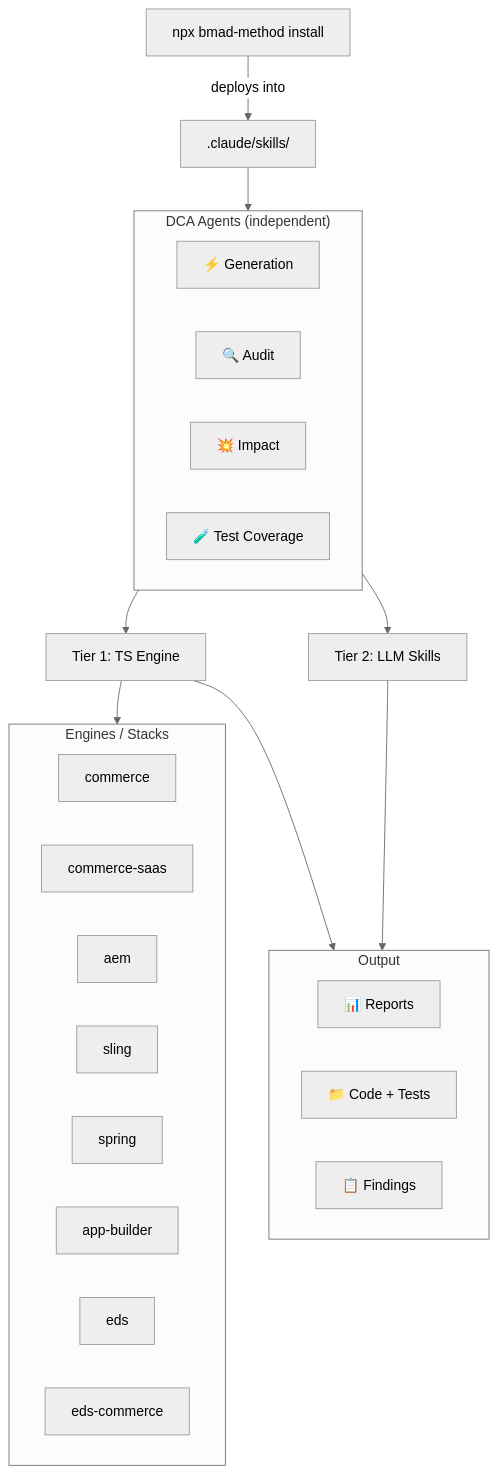
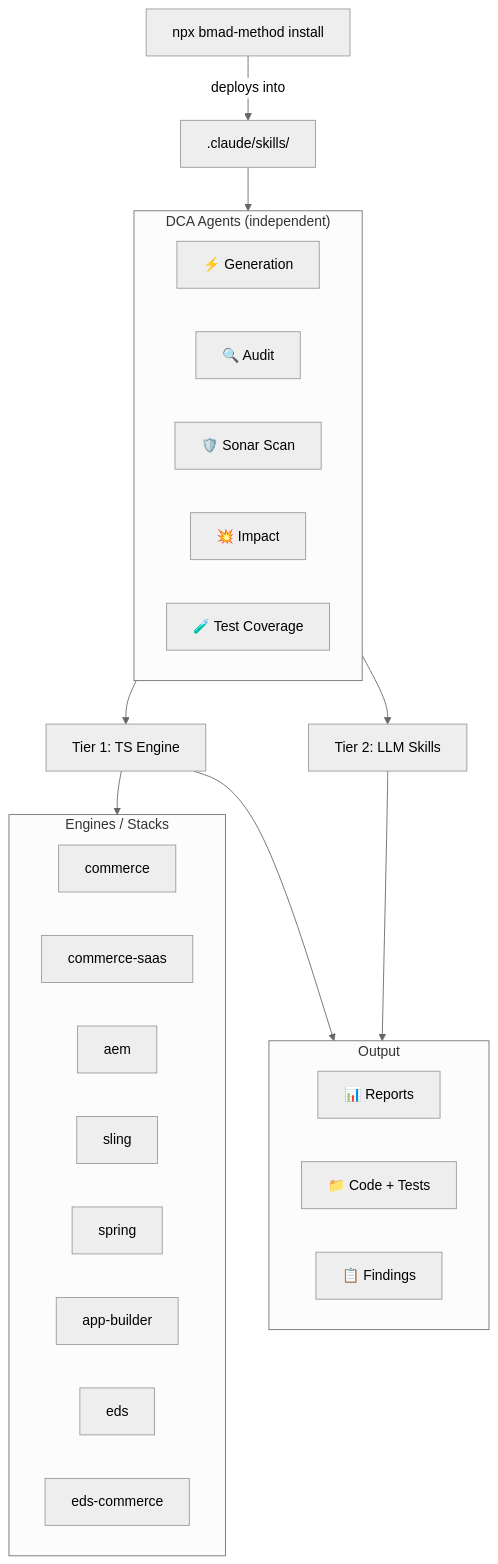
Before and after one commit to mayur434/bmad-dept-coding-agents: the diagram in README.md, drawn with Mermaid (neutral theme). The commit also changed other lines of this file and 53 other files, not shown here.

````diff
--- a/README.md
+++ b/README.md
@@ -45,42 +134,43 @@
 ```mermaid
 flowchart TD
     Install["npx bmad-method install"]
     Install -->|deploys into| Project[".claude/skills/"]
 
     Project --> Agents
 
     subgraph Agents ["DCA Agents (independent)"]
         direction LR
         Gen["⚡ Generation"]
         Audit["🔍 Audit"]
+        Sonar["🛡️ Sonar Scan"]
         Impact["💥 Impact"]
         TestCov["🧪 Test Coverage"]
     end
 
     Agents --> T1["Tier 1: TS Engine"]
     Agents --> T2["Tier 2: LLM Skills"]
 
     T1 --> Platforms
 
     subgraph Platforms ["Engines / Stacks"]
         direction LR
         Commerce["commerce"]
         CommerceSaaS["commerce-saas"]
         AEM["aem"]
         Sling["sling"]
         Spring["spring"]
         AppBuilder["app-builder"]
         EDS["eds"]
         EDSCom["eds-commerce"]
     end
 
     T1 --> Output
     T2 --> Output
 
     subgraph Output ["Output"]
         direction LR
         Reports["📊 Reports"]
         Code["📁 Code + Tests"]
         Findings["📋 Findings"]
     end
 ```
````
